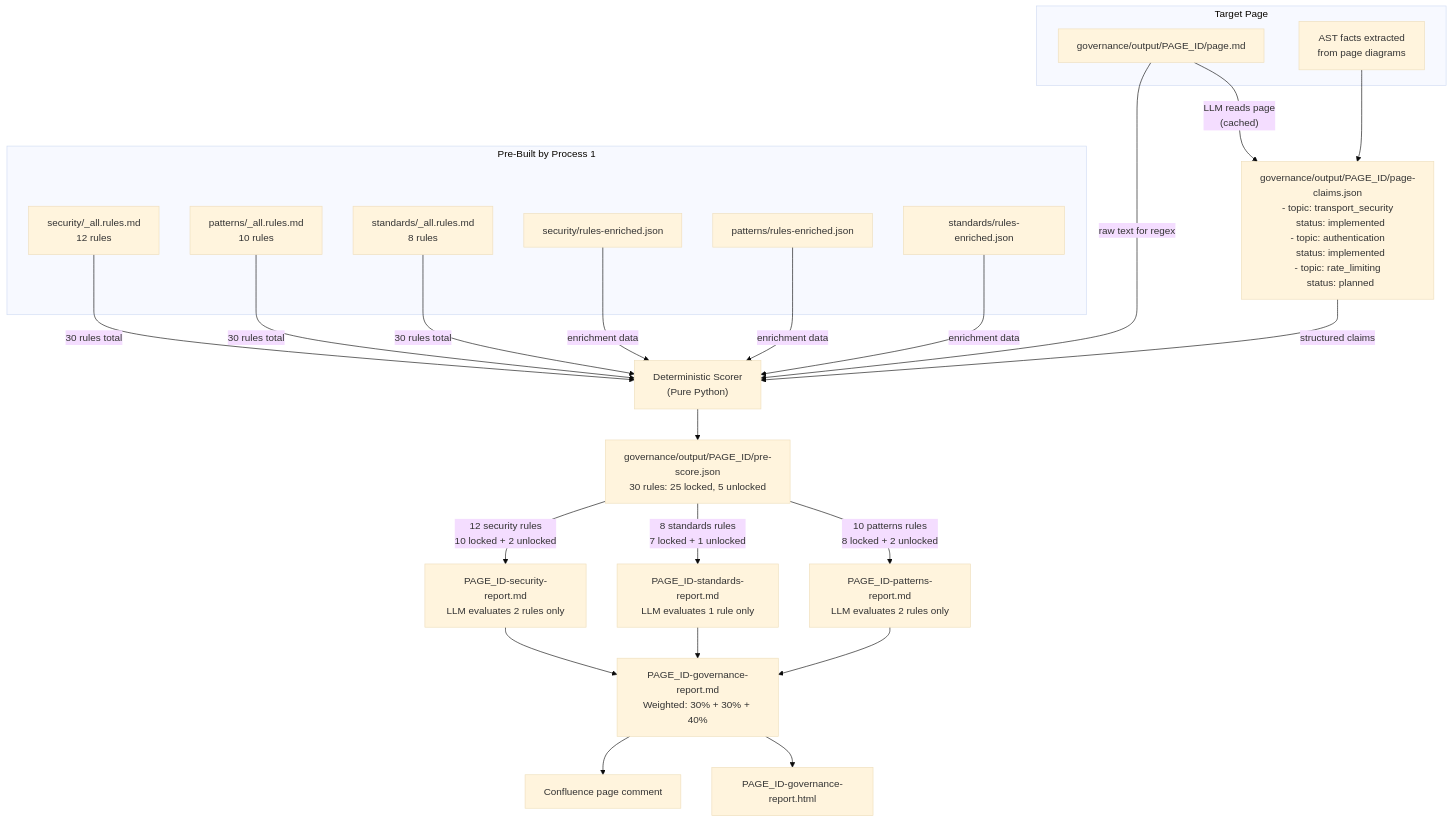
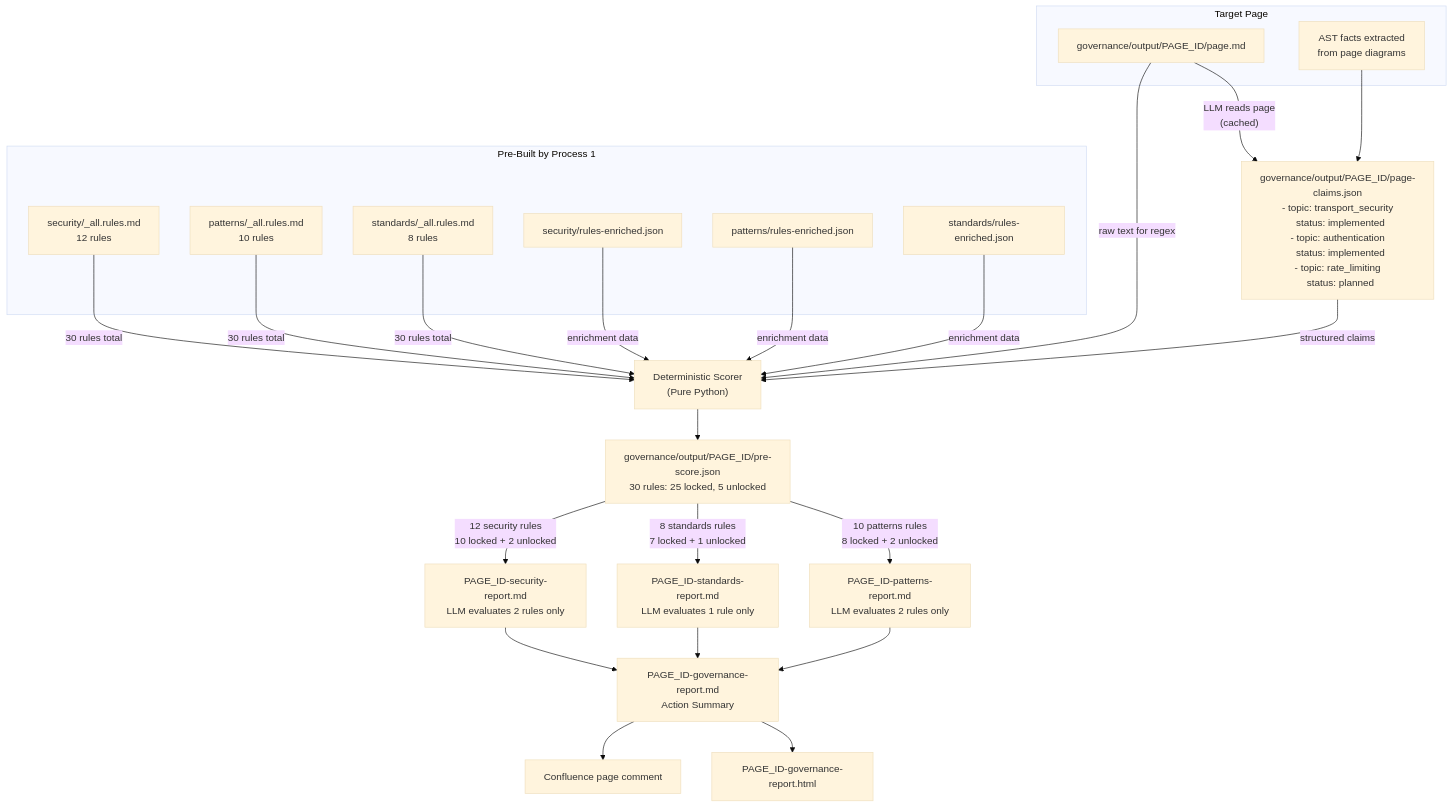
The fourth of 6 diagrams in flow.md (byrash/architecture-governance), drawn with Mermaid (base theme) before and after one commit. The commit also changed other lines of this file and 33 other files, not shown here.

````diff
--- a/flow.md
+++ b/flow.md
@@ -216,38 +216,38 @@
 ```mermaid
 flowchart TB
     subgraph indexArtifacts [Pre-Built by Process 1]
         ALL_SEC["security/_all.rules.md<br/>12 rules"]
         ALL_PAT["patterns/_all.rules.md<br/>10 rules"]
         ALL_STD["standards/_all.rules.md<br/>8 rules"]
         ENR_SEC["security/rules-enriched.json"]
         ENR_PAT["patterns/rules-enriched.json"]
         ENR_STD["standards/rules-enriched.json"]
     end
 
     subgraph targetPage [Target Page]
         PAGE["governance/output/PAGE_ID/page.md"]
         AST_FACTS["AST facts extracted<br/>from page diagrams"]
     end
 
     PAGE -->|"LLM reads page<br/>(cached)"| CLAIMS["governance/output/PAGE_ID/page-claims.json<br/>- topic: transport_security<br/>  status: implemented<br/>- topic: authentication<br/>  status: implemented<br/>- topic: rate_limiting<br/>  status: planned"]
 
     AST_FACTS --> CLAIMS
 
     ALL_SEC & ALL_PAT & ALL_STD -->|"30 rules total"| SCORER["Deterministic Scorer<br/>(Pure Python)"]
     ENR_SEC & ENR_PAT & ENR_STD -->|"enrichment data"| SCORER
     CLAIMS -->|"structured claims"| SCORER
     PAGE -->|"raw text for regex"| SCORER
 
     SCORER --> PRESCORE["governance/output/PAGE_ID/pre-score.json<br/>30 rules: 25 locked, 5 unlocked"]
 
     PRESCORE -->|"10 patterns rules<br/>8 locked + 2 unlocked"| PAT_REPORT["PAGE_ID-patterns-report.md<br/>LLM evaluates 2 rules only"]
     PRESCORE -->|"8 standards rules<br/>7 locked + 1 unlocked"| STD_REPORT["PAGE_ID-standards-report.md<br/>LLM evaluates 1 rule only"]
     PRESCORE -->|"12 security rules<br/>10 locked + 2 unlocked"| SEC_REPORT["PAGE_ID-security-report.md<br/>LLM evaluates 2 rules only"]
 
-    PAT_REPORT --> GOV_REPORT["PAGE_ID-governance-report.md<br/>Weighted: 30% + 30% + 40%"]
+    PAT_REPORT --> GOV_REPORT["PAGE_ID-governance-report.md<br/>Action Summary"]
     STD_REPORT --> GOV_REPORT
     SEC_REPORT --> GOV_REPORT
 
     GOV_REPORT --> HTML["PAGE_ID-governance-report.html"]
     GOV_REPORT --> CONFLUENCE["Confluence page comment"]
 ```
````
